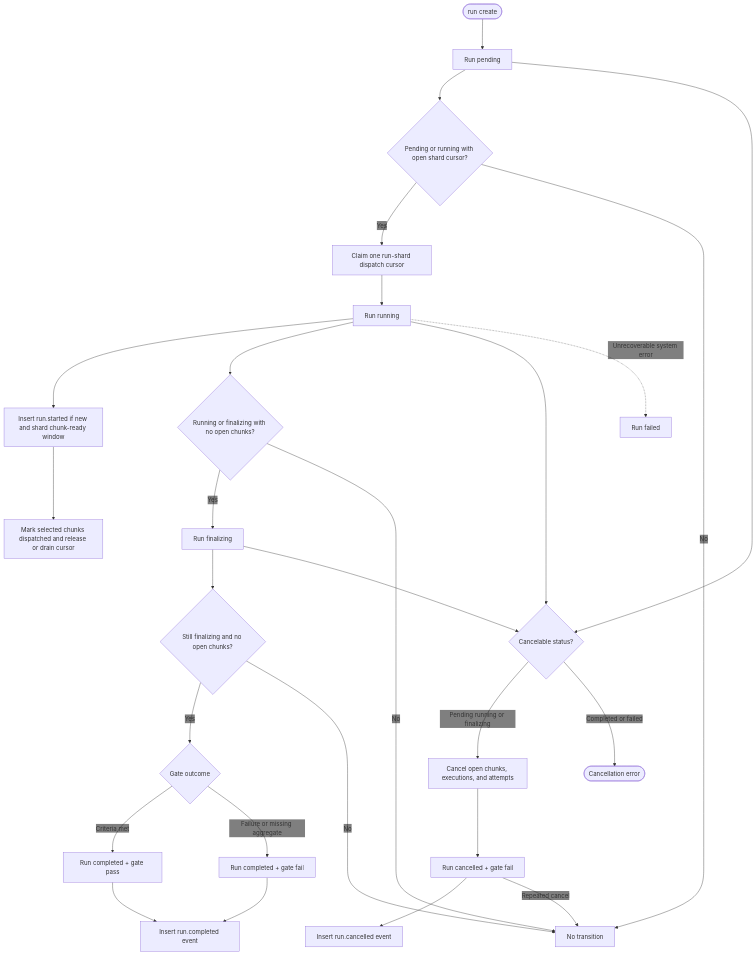
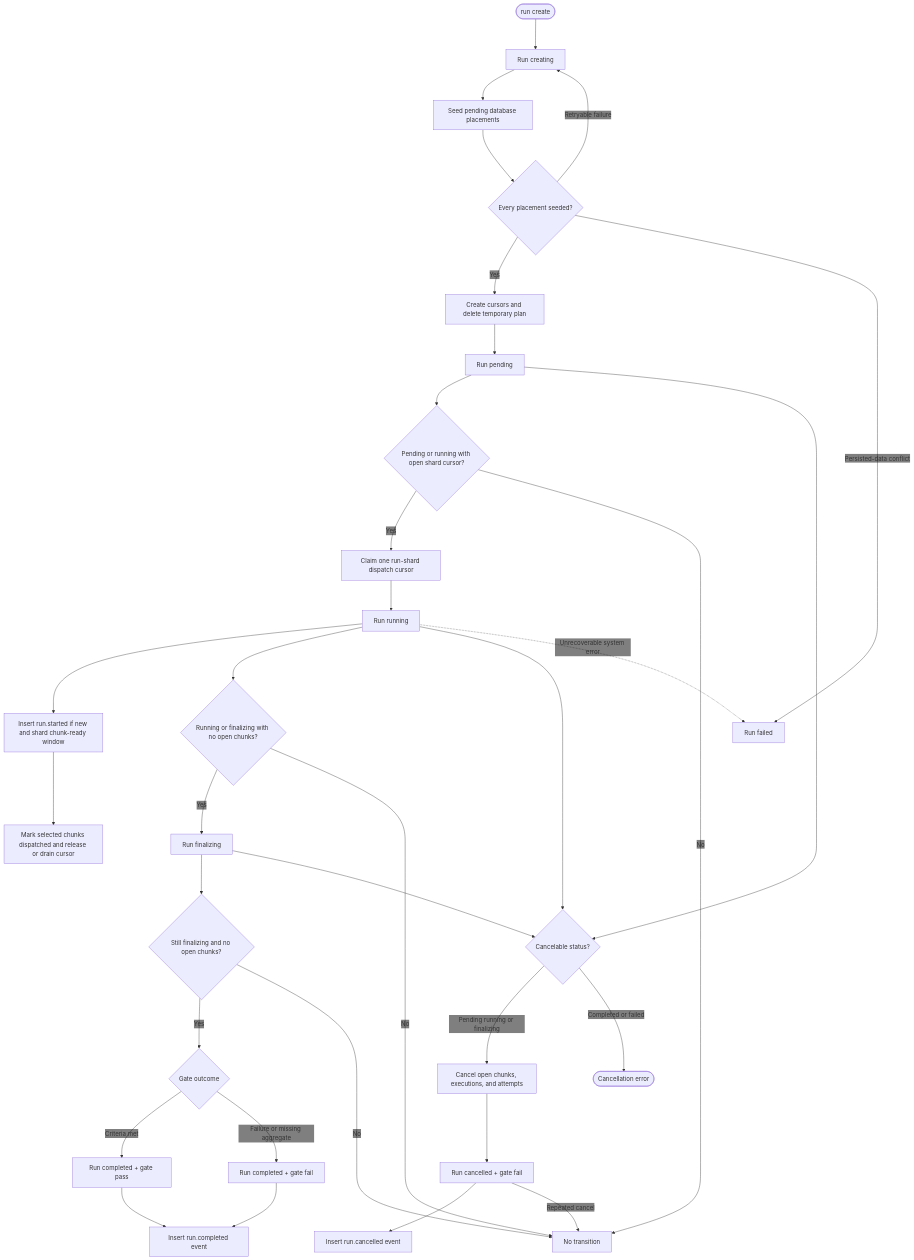
The diagram in web/docs/architecture/state/run-lifecycle/diagram.mmd (gregl83/agent-vigilo), drawn with Mermaid before and after one commit. The commit also changed 25 other files, not shown here.

```diff
--- a/web/docs/architecture/state/run-lifecycle/diagram.mmd
+++ b/web/docs/architecture/state/run-lifecycle/diagram.mmd
@@ -1,65 +1,73 @@
 ---
 config:
   flowchart:
     nodeSpacing: 150
     rankSpacing: 80
   themeVariables:
     edgeLabelBackground: 'transparent'
 ---
 flowchart TD
     Create([run create])
+    Creating[Run creating]
+    Seed[Seed pending database placements]
+    SeedGuard{Every placement seeded?}
+    Activate[Create cursors and delete temporary plan]
     Pending[Run pending]
     DispatchGuard{Pending or running with open shard cursor?}
     DispatchLock[Claim one run-shard dispatch cursor]
     Running[Run running]
     DispatchEvents[Insert run.started if new and shard chunk-ready window]
     DispatchCursor[Mark selected chunks dispatched and release or drain cursor]
 
     FinalizeGuard{Running or finalizing with no open chunks?}
     Finalizing[Run finalizing]
     FinalizeCheck{Still finalizing and no open chunks?}
     Gate{Gate outcome}
     CompletedPass[Run completed + gate pass]
     CompletedFail[Run completed + gate fail]
     CompletedEvent[Insert run.completed event]
 
     CancelGuard{Cancelable status?}
     CancelCascade[Cancel open chunks, executions, and attempts]
     Cancelled[Run cancelled + gate fail]
     CancelEvent[Insert run.cancelled event]
 
     Failed[Run failed]
     Noop[No transition]
     Reject([Cancellation error])
 
-    Create --> Pending
+    Create --> Creating
+    Creating --> Seed --> SeedGuard
+    SeedGuard -- Yes --> Activate --> Pending
+    SeedGuard -- Retryable failure --> Creating
+    SeedGuard -- Persisted-data conflict --> Failed
 
     Pending --> DispatchGuard
     DispatchGuard -- Yes --> DispatchLock --> Running --> DispatchEvents --> DispatchCursor
     DispatchGuard -- No --> Noop
 
     Running --> FinalizeGuard
     FinalizeGuard -- Yes --> Finalizing
     FinalizeGuard -- No --> Noop
 
     Finalizing --> FinalizeCheck
     FinalizeCheck -- Yes --> Gate
     FinalizeCheck -- No --> Noop
 
     Gate -- Criteria met --> CompletedPass --> CompletedEvent
     Gate -- Failure or missing aggregate --> CompletedFail --> CompletedEvent
 
     Pending --> CancelGuard
     Running --> CancelGuard
     Finalizing --> CancelGuard
     CancelGuard -- Pending running or finalizing --> CancelCascade --> Cancelled --> CancelEvent
     CancelGuard -- Completed or failed --> Reject
     Cancelled -->|Repeated cancel| Noop
 
     Running -. Unrecoverable system error .-> Failed
 
     class Create command
-    class Pending,Running,Finalizing,DispatchGuard,DispatchLock,DispatchEvents,DispatchCursor,FinalizeGuard,FinalizeCheck,Gate,CompletedEvent,CancelGuard,CancelCascade,CancelEvent system
+    class Creating,Seed,SeedGuard,Activate,Pending,Running,Finalizing,DispatchGuard,DispatchLock,DispatchEvents,DispatchCursor,FinalizeGuard,FinalizeCheck,Gate,CompletedEvent,CancelGuard,CancelCascade,CancelEvent system
     class CompletedPass success
     class CompletedFail,Cancelled,Failed,Reject error
     class Noop component
```
